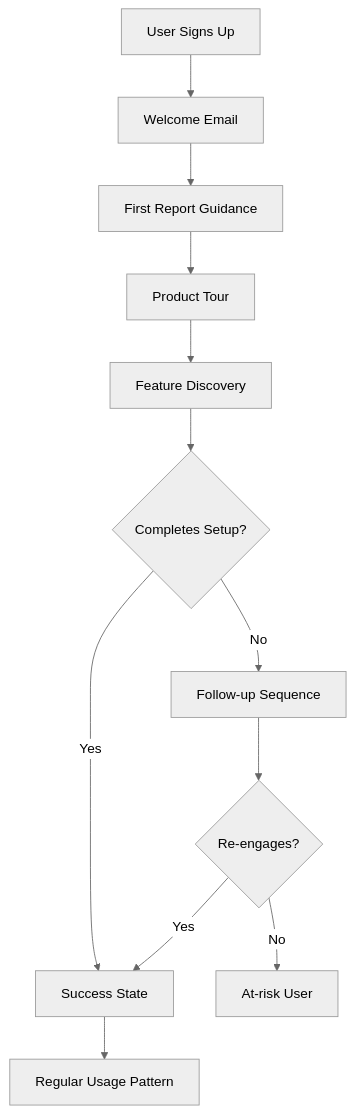
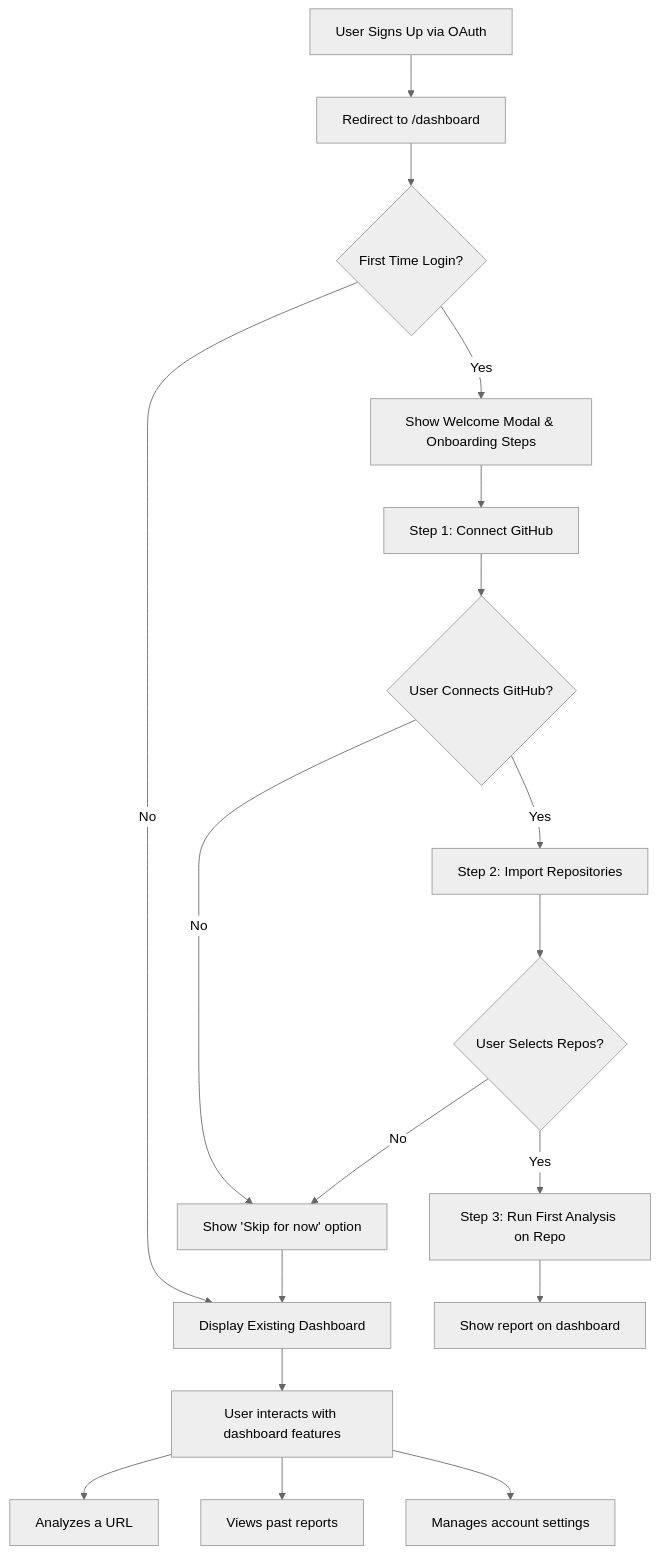
The ninth of 18 diagrams in docs/businessflow.md (Waisnu/plusfolio), drawn with Mermaid (neutral theme) before and after one commit. The commit also changed other lines of this file and 19 other files, not shown here.

````diff
--- a/docs/businessflow.md
+++ b/docs/businessflow.md
@@ -340,15 +345,24 @@
 ```mermaid
 graph TD
-    A[User Signs Up] --> B[Welcome Email]
-    B --> C[First Report Guidance]
-    C --> D[Product Tour]
-    D --> E[Feature Discovery]
-    E --> F{Completes Setup?}
-    F -->|Yes| G[Success State]
-    F -->|No| H[Follow-up Sequence]
+    A[User Signs Up via OAuth] --> B[Redirect to /dashboard]
+    B --> C{First Time Login?}
+    C -->|Yes| D[Show Welcome Modal & Onboarding Steps]
+    C -->|No| E[Display Existing Dashboard]
     
-    G --> I[Regular Usage Pattern]
-    H --> J{Re-engages?}
-    J -->|Yes| G
-    J -->|No| K[At-risk User]
+    D --> F[Step 1: Connect GitHub]
+    F --> G{User Connects GitHub?}
+    G -->|Yes| H[Step 2: Import Repositories]
+    G -->|No| I[Show 'Skip for now' option]
+    
+    H --> J{User Selects Repos?}
+    J -->|Yes| K[Step 3: Run First Analysis on Repo]
+    J -->|No| I
+    
+    K --> L[Show report on dashboard]
+    I --> E
+    
+    E --> M[User interacts with dashboard features]
+    M --> N[Analyzes a URL]
+    M --> O[Views past reports]
+    M --> P[Manages account settings]
 ```
````
